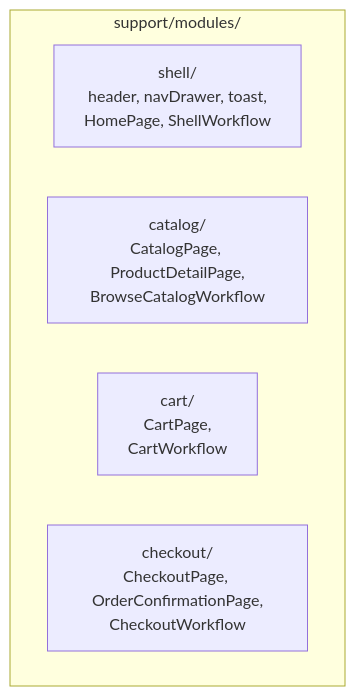
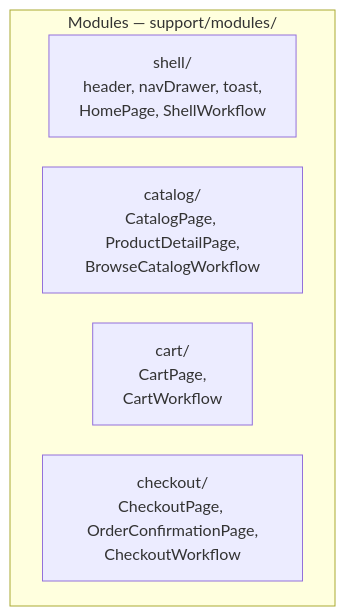
One commit to getulionm/pw-composition changed the fifth of 5 diagrams in README.md. Above: the diagram before and after it, drawn with Mermaid. The commit also changed other lines of this file and 2 other files, not shown here.

First line of the commit message:
Improve README diagrams and folder tree readability.

````diff
--- a/README.md
+++ b/README.md
@@ -198,9 +209,10 @@
 ```mermaid
+%%{init: {"themeVariables": {"fontSize": "16px"}, "flowchart": {"nodeSpacing": 30, "rankSpacing": 40}}}%%
 flowchart TB
-  subgraph repo[support/modules/]
+  subgraph repo["Modules — support/modules/"]
     shell[shell/<br/>header, navDrawer, toast,<br/>HomePage, ShellWorkflow]
     catalog[catalog/<br/>CatalogPage, ProductDetailPage,<br/>BrowseCatalogWorkflow]
     cart[cart/<br/>CartPage,<br/>CartWorkflow]
     checkout[checkout/<br/>CheckoutPage, OrderConfirmationPage,<br/>CheckoutWorkflow]
   end
 ```
````
